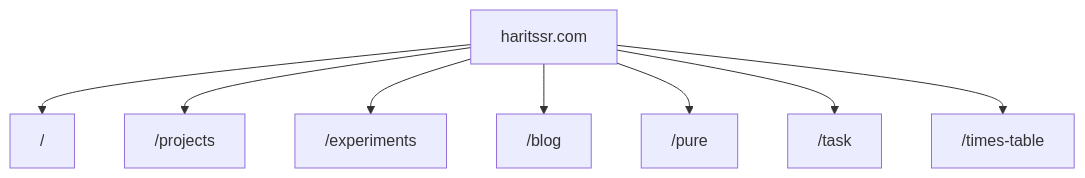
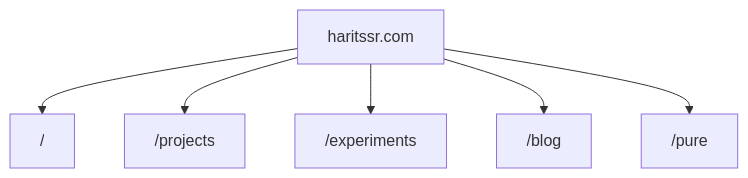
One commit to haritssr/haritssr changed the diagram in README.md. Above: the diagram before and after it, drawn with Mermaid. The commit also changed other lines of this file, not shown here.

````diff
--- a/README.md
+++ b/README.md
@@ -14,12 +12,10 @@
 ```mermaid
 %%{init: {'flowchart': {'curve': 'basis'}} }%%
 graph TD
   haritssr["haritssr.com"]
   haritssr --> home["/"]
   haritssr --> projects["/projects"]
   haritssr --> experiments["/experiments"]
   haritssr --> blog["/blog"]
   haritssr --> pure["/pure"]
-  haritssr --> task["/task"]
-  haritssr --> timestable["/times-table"]
 ```
````
